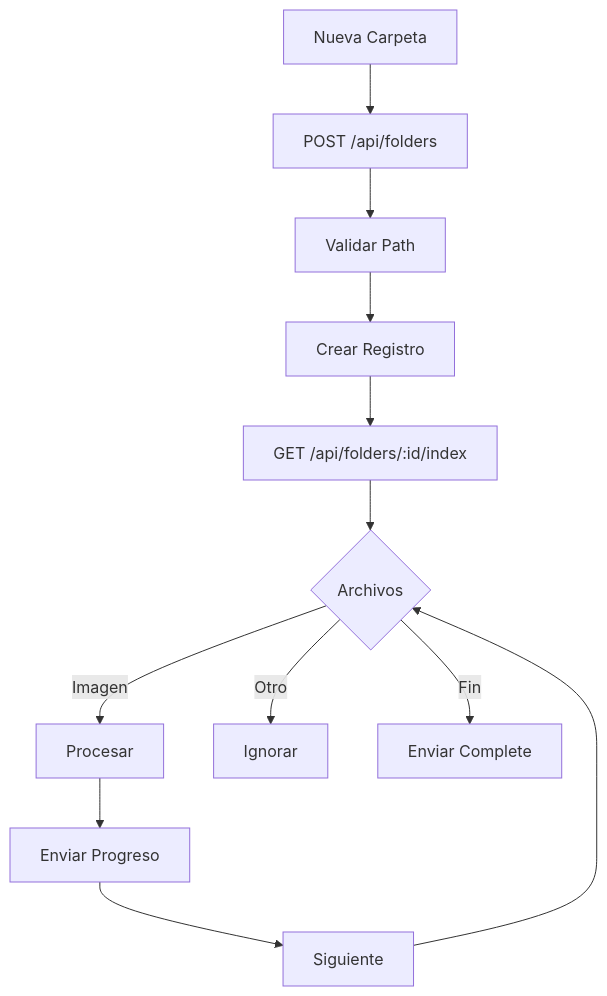
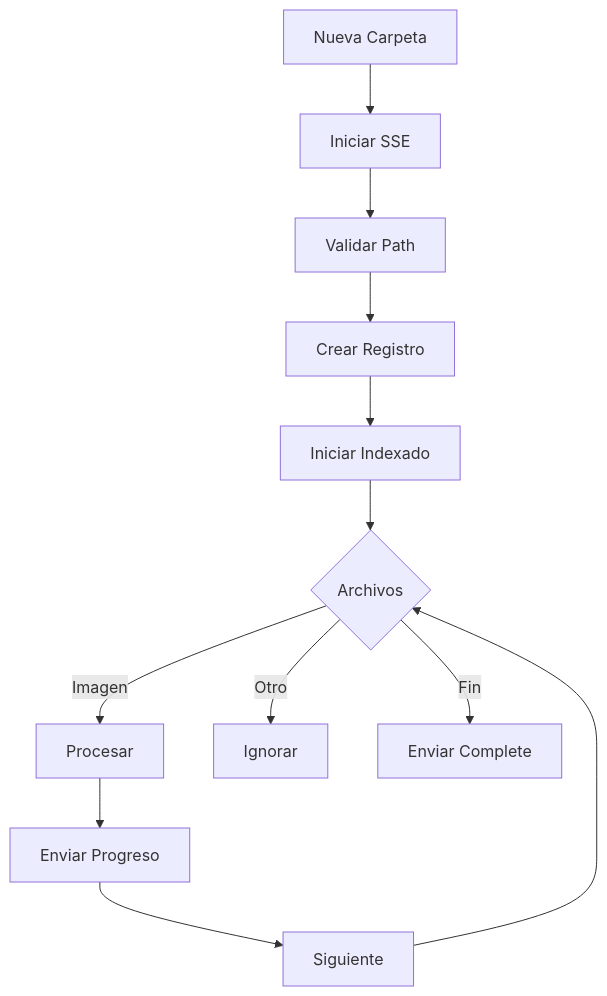
One commit to gvastethecreator/media-manager changed the first of 4 diagrams in docs/services/folder-service.md. Above: the diagram before and after it, drawn with Mermaid. The commit also changed other lines of this file and 1 other file, not shown here.

First line of the commit message:
Refactor SSE implementation and enhance documentation for folder service

````diff
--- a/docs/services/folder-service.md
+++ b/docs/services/folder-service.md
@@ -237,14 +214,14 @@
 ```mermaid
 flowchart TD
-	A[Nueva Carpeta] --> B[POST /api/folders]
+	A[Nueva Carpeta] --> B[Iniciar SSE]
 	B --> C[Validar Path]
 	C --> D[Crear Registro]
-	D --> E[GET /api/folders/:id/index]
+	D --> E[Iniciar Indexado]
 	E --> F{Archivos}
 	F -->|Imagen| G[Procesar]
 	F -->|Otro| H[Ignorar]
 	G --> I[Enviar Progreso]
 	I --> J[Siguiente]
 	J --> F
 	F -->|Fin| K[Enviar Complete]
 ```
````
